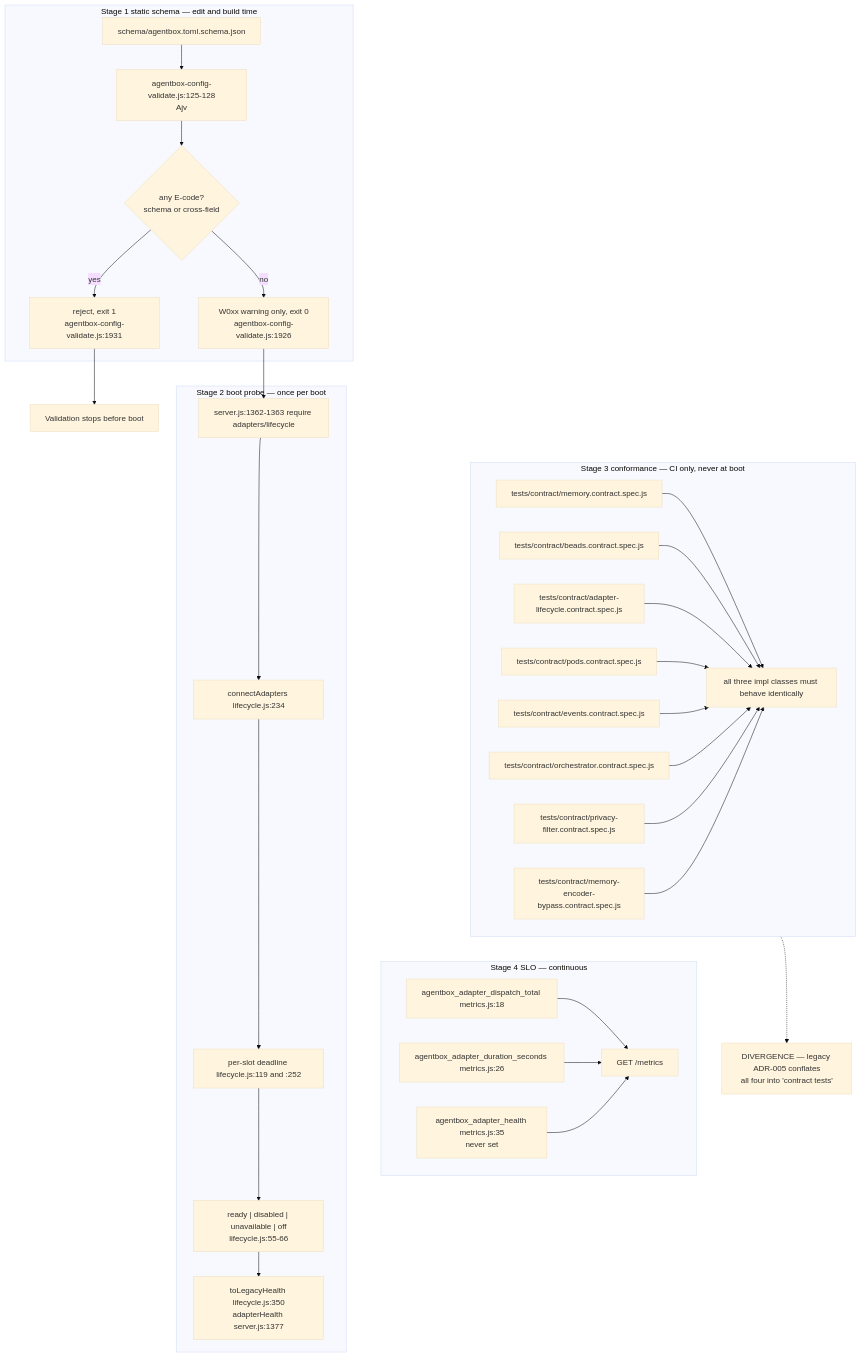
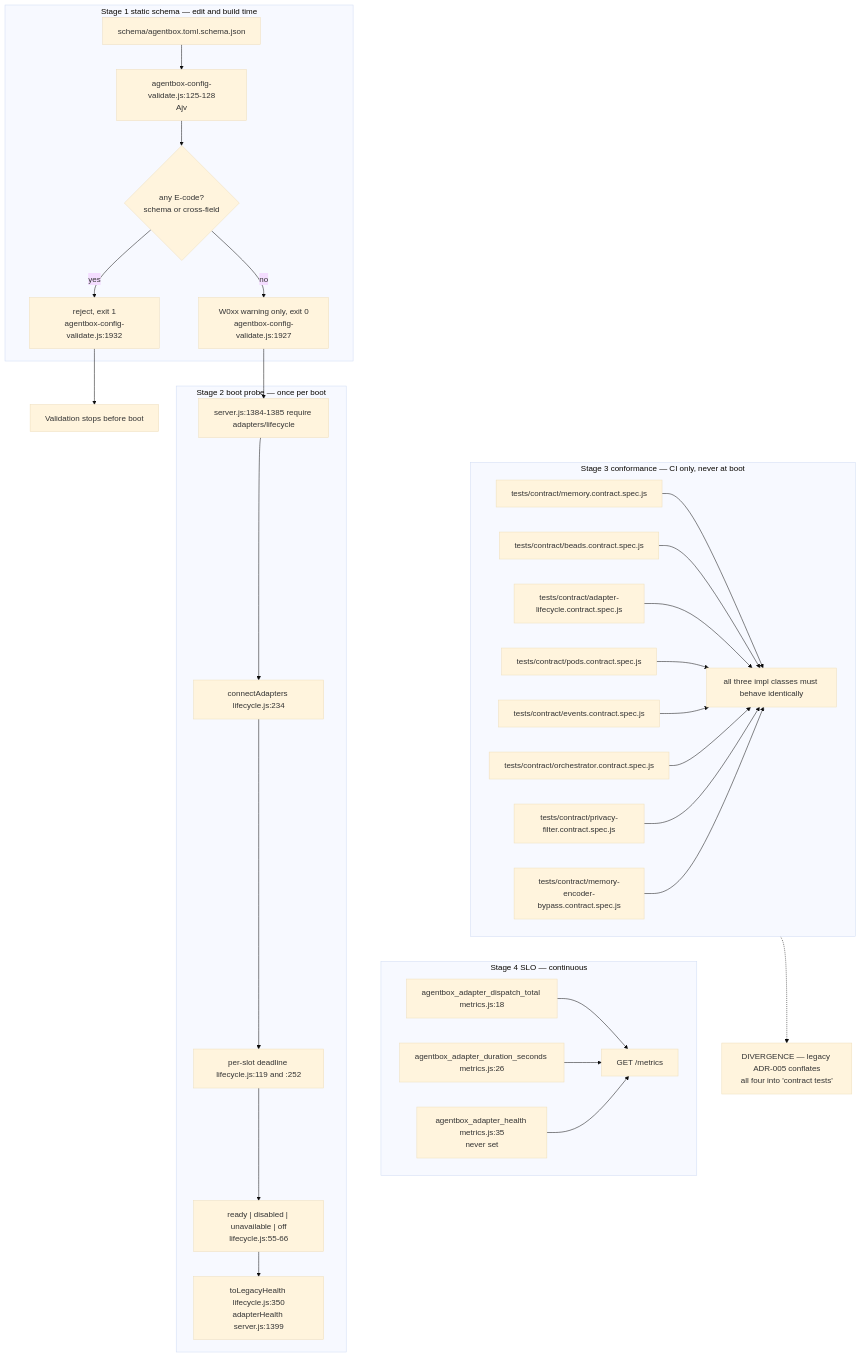
Before and after one commit to DreamLab-AI/VisionFlow: diagram 14 of 16 in docs/diagrams/agentbox/04-adapter-spine.md, drawn with Mermaid (base theme). The commit also changed other lines of this file, not shown here.

First line of the commit message:
diagrams(agentbox): re-verify AB-04 at agentbox 59b1aca

````diff
--- a/docs/diagrams/agentbox/04-adapter-spine.md
+++ b/docs/diagrams/agentbox/04-adapter-spine.md
@@ -616,35 +617,35 @@
 ```mermaid
 flowchart TD
     subgraph S1["Stage 1 static schema — edit and build time"]
         A1["schema/agentbox.toml.schema.json"] --> A2["agentbox-config-validate.js:125-128<br/>Ajv"]
         A2 --> A3{"any E-code?<br/>schema or cross-field"}
-        A3 -->|yes| A4["reject, exit 1<br/>agentbox-config-validate.js:1931"]
-        A3 -->|"no"| A5["W0xx warning only, exit 0<br/>agentbox-config-validate.js:1926"]
+        A3 -->|yes| A4["reject, exit 1<br/>agentbox-config-validate.js:1932"]
+        A3 -->|"no"| A5["W0xx warning only, exit 0<br/>agentbox-config-validate.js:1927"]
     end
     subgraph S2["Stage 2 boot probe — once per boot"]
-        B1["server.js:1362-1363 require adapters/lifecycle"] --> B2["connectAdapters lifecycle.js:234"]
+        B1["server.js:1384-1385 require adapters/lifecycle"] --> B2["connectAdapters lifecycle.js:234"]
         B2 --> B3["per-slot deadline lifecycle.js:119 and :252"]
         B3 --> B4["ready | disabled | unavailable | off<br/>lifecycle.js:55-66"]
-        B4 --> B5["toLegacyHealth lifecycle.js:350<br/>adapterHealth server.js:1377"]
+        B4 --> B5["toLegacyHealth lifecycle.js:350<br/>adapterHealth server.js:1399"]
     end
     subgraph S3["Stage 3 conformance — CI only, never at boot"]
         C1["tests/contract/memory.contract.spec.js"] --> C4["all three impl classes must behave identically"]
         C2["tests/contract/beads.contract.spec.js"] --> C4
         C3["tests/contract/adapter-lifecycle.contract.spec.js"] --> C4
         C5["tests/contract/pods.contract.spec.js"] --> C4
         C6["tests/contract/events.contract.spec.js"] --> C4
         C7["tests/contract/orchestrator.contract.spec.js"] --> C4
         C8["tests/contract/privacy-filter.contract.spec.js"] --> C4
         C9["tests/contract/memory-encoder-bypass.contract.spec.js"] --> C4
     end
     subgraph S4["Stage 4 SLO — continuous"]
         D1["agentbox_adapter_dispatch_total metrics.js:18"] --> D4["GET /metrics"]
         D2["agentbox_adapter_duration_seconds metrics.js:26"] --> D4
         D3["agentbox_adapter_health metrics.js:35<br/>never set"] --> D4
     end
     A4 --> STOP["Validation stops before boot"]
     A5 --> B1
     S2 ~~~ S3
     S3 ~~~ S4
     S3 -.-> NOTE["DIVERGENCE — legacy ADR-005 conflates<br/>all four into 'contract tests'"]
 ```
````
